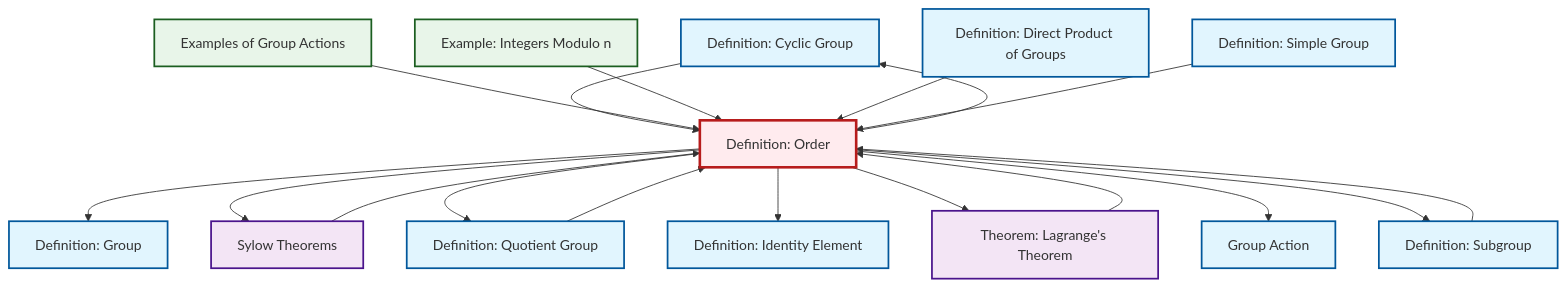
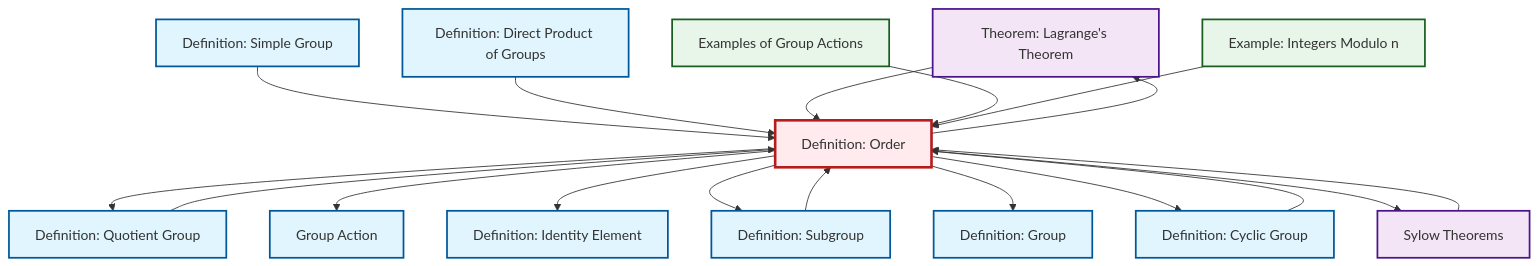
Before and after one commit to RK0429/ModernMath: the diagram in content/en/algebra/def-order.qmd, drawn with Mermaid. The commit also changed other lines of this file and 619 other files, not shown here.

````diff
--- a/content/en/algebra/def-order.qmd
+++ b/content/en/algebra/def-order.qmd
@@ -80,52 +80,52 @@
 ```{mermaid}
 %%| fig-cap: "Local dependency graph"
 graph TD
     classDef definition fill:#e1f5fe,stroke:#01579b,stroke-width:2px
     classDef theorem fill:#f3e5f5,stroke:#4a148c,stroke-width:2px
     classDef axiom fill:#fff3e0,stroke:#e65100,stroke-width:2px
     classDef example fill:#e8f5e9,stroke:#1b5e20,stroke-width:2px
     classDef current fill:#ffebee,stroke:#b71c1c,stroke-width:3px
+    thm-lagrange["Theorem: Lagrange's Theorem"]:::theorem
+    def-group["Definition: Group"]:::definition
+    def-cyclic-group["Definition: Cyclic Group"]:::definition
+    def-simple-group["Definition: Simple Group"]:::definition
+    def-subgroup["Definition: Subgroup"]:::definition
+    def-quotient-group["Definition: Quotient Group"]:::definition
+    ex-quotient-integers-mod-n["Example: Integers Modulo n"]:::example
+    def-group-action["Group Action"]:::definition
+    thm-sylow["Sylow Theorems"]:::theorem
+    def-order["Definition: Order"]:::definition
+    ex-group-action-examples["Examples of Group Actions"]:::example
     def-identity-element["Definition: Identity Element"]:::definition
-    def-cyclic-group["Definition: Cyclic Group"]:::definition
-    def-order["Definition: Order"]:::definition
-    def-group-action["Group Action"]:::definition
-    thm-lagrange["Theorem: Lagrange's Theorem"]:::theorem
-    def-simple-group["Definition: Simple Group"]:::definition
-    thm-sylow["Sylow Theorems"]:::theorem
-    ex-quotient-integers-mod-n["Example: Integers Modulo n"]:::example
-    ex-group-action-examples["Examples of Group Actions"]:::example
-    def-quotient-group["Definition: Quotient Group"]:::definition
-    def-subgroup["Definition: Subgroup"]:::definition
     def-direct-product["Definition: Direct Product of Groups"]:::definition
-    def-group["Definition: Group"]:::definition
+    def-simple-group --> def-order
+    def-quotient-group --> def-order
+    def-order --> def-quotient-group
+    def-order --> def-group-action
+    thm-sylow --> def-order
+    def-order --> thm-lagrange
     def-cyclic-group --> def-order
+    def-order --> def-identity-element
+    def-order --> def-subgroup
+    def-direct-product --> def-order
     thm-lagrange --> def-order
     def-order --> def-group
+    ex-group-action-examples --> def-order
+    def-order --> def-cyclic-group
+    ex-quotient-integers-mod-n --> def-order
     def-subgroup --> def-order
-    thm-sylow --> def-order
     def-order --> thm-sylow
-    def-order --> def-quotient-group
-    def-order --> def-cyclic-group
-    ex-group-action-examples --> def-order
-    ex-quotient-integers-mod-n --> def-order
-    def-order --> def-identity-element
-    def-order --> thm-lagrange
-    def-order --> def-group-action
-    def-order --> def-subgroup
-    def-direct-product --> def-order
-    def-quotient-group --> def-order
-    def-simple-group --> def-order
     class def-order current
+    click thm-lagrange "thm-lagrange.html" "Go to Lagrange's Theorem theorem"
+    click def-group "def-group.html" "Go to Group definition"
+    click def-cyclic-group "def-cyclic-group.html" "Go to Cyclic Group definition"
+    click def-simple-group "def-simple-group.html" "Go to Simple Group definition"
+    click def-subgroup "def-subgroup.html" "Go to Subgroup definition"
+    click def-quotient-group "def-quotient-group.html" "Go to Quotient Group definition"
+    click ex-quotient-integers-mod-n "ex-quotient-integers-mod-n.html" "Go to Integers Modulo n example"
+    click def-group-action "def-group-action.html" "Go to Group Action"
+    click thm-sylow "thm-sylow.html" "Go to Sylow Theorems"
+    click ex-group-action-examples "ex-group-action-examples.html" "Go to Examples of Group Actions"
     click def-identity-element "def-identity-element.html" "Go to Identity Element definition"
-    click def-cyclic-group "def-cyclic-group.html" "Go to Cyclic Group definition"
-    click def-group-action "def-group-action.html" "Go to Group Action"
-    click thm-lagrange "thm-lagrange.html" "Go to Lagrange's Theorem theorem"
-    click def-simple-group "def-simple-group.html" "Go to Simple Group definition"
-    click thm-sylow "thm-sylow.html" "Go to Sylow Theorems"
-    click ex-quotient-integers-mod-n "ex-quotient-integers-mod-n.html" "Go to Integers Modulo n example"
-    click ex-group-action-examples "ex-group-action-examples.html" "Go to Examples of Group Actions"
-    click def-quotient-group "def-quotient-group.html" "Go to Quotient Group definition"
-    click def-subgroup "def-subgroup.html" "Go to Subgroup definition"
     click def-direct-product "def-direct-product.html" "Go to Direct Product of Groups definition"
-    click def-group "def-group.html" "Go to Group definition"
 ```
````
